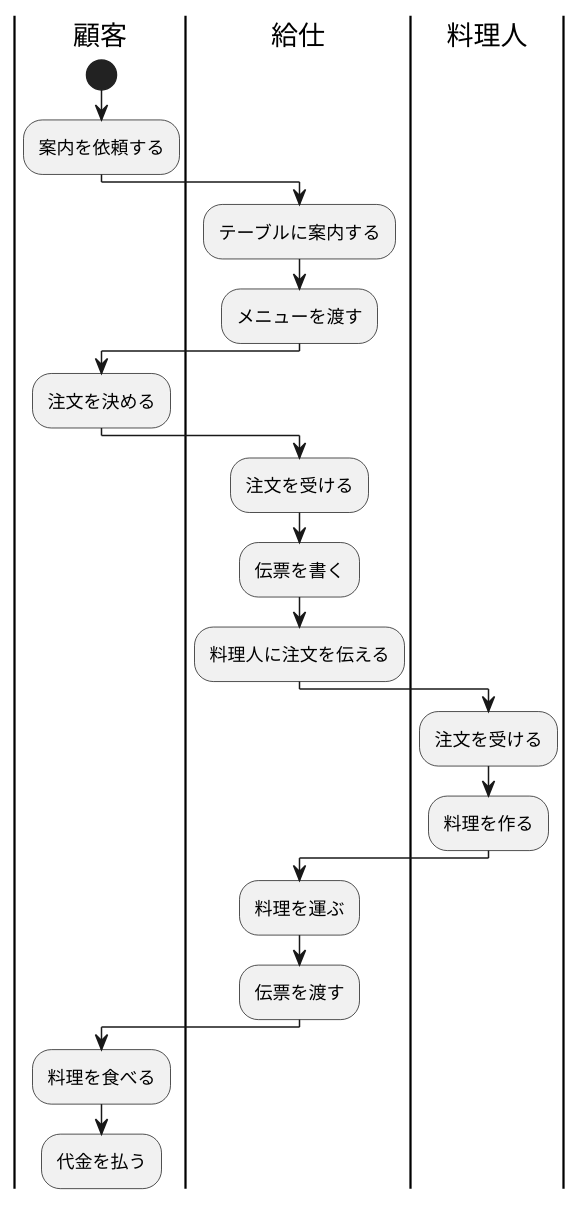
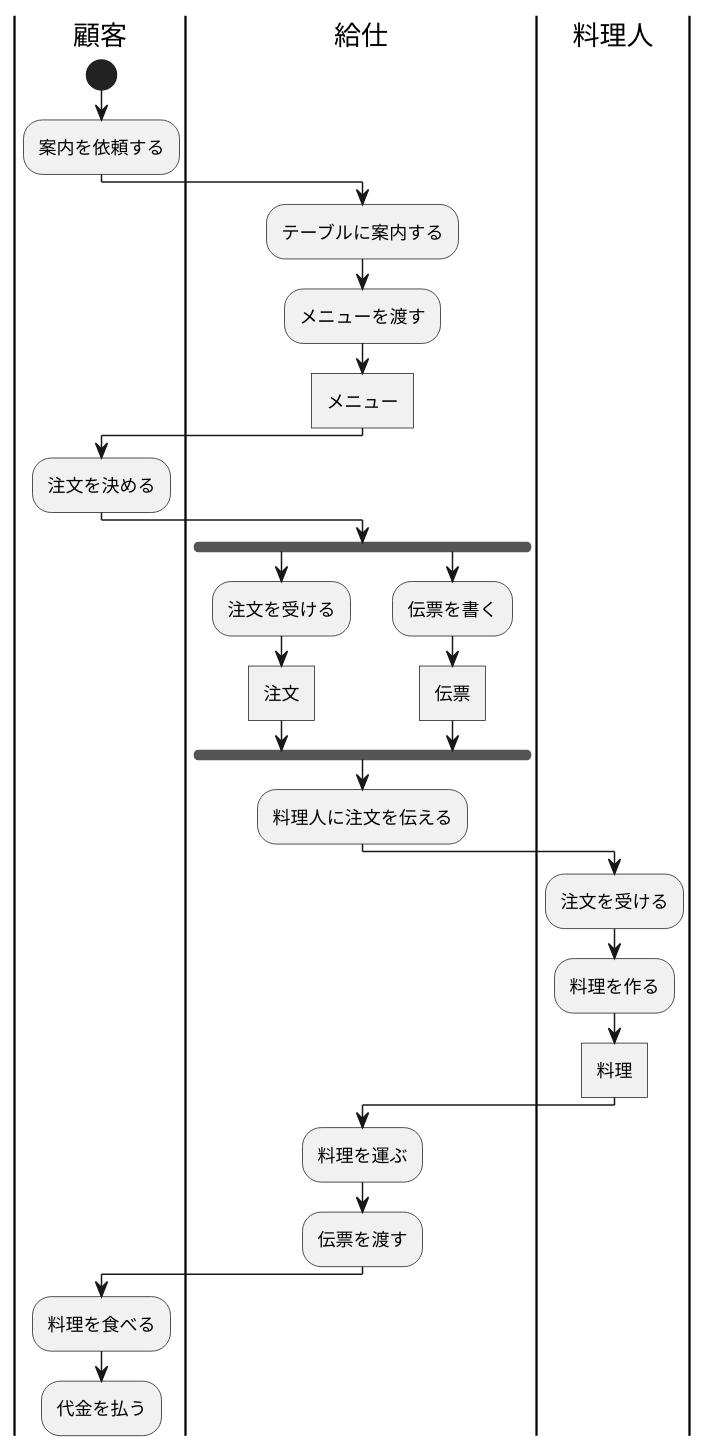
The diagram in 演習7-3_AC_レストランのアクティビティ図.pu (Takhshi/uml-introduction), drawn with PlantUML before and after one commit.

Commit message:
演習7の修正

```diff
--- a/演習7-3_AC_レストランのアクティビティ図.pu
+++ b/演習7-3_AC_レストランのアクティビティ図.pu
@@ -1,23 +1,31 @@
 @startuml 演習7-3
 |顧客|
 start
 :案内を依頼する;
 |給仕|
 :テーブルに案内する;
 :メニューを渡す;
+:メニュー]
 |顧客|
 :注文を決める;
 |給仕|
+fork
 :注文を受ける;
+:注文]
+|給仕|
+fork again
 :伝票を書く;
+:伝票]
+end fork
 :料理人に注文を伝える;
 |料理人|
 :注文を受ける;
 :料理を作る;
+:料理]
 |給仕|
 :料理を運ぶ;
 :伝票を渡す;
 |顧客|
 :料理を食べる;
 :代金を払う;
 @enduml
```
